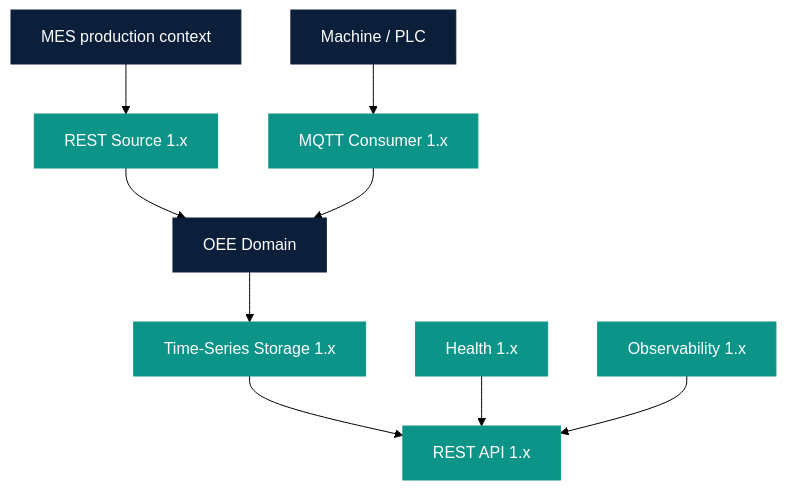
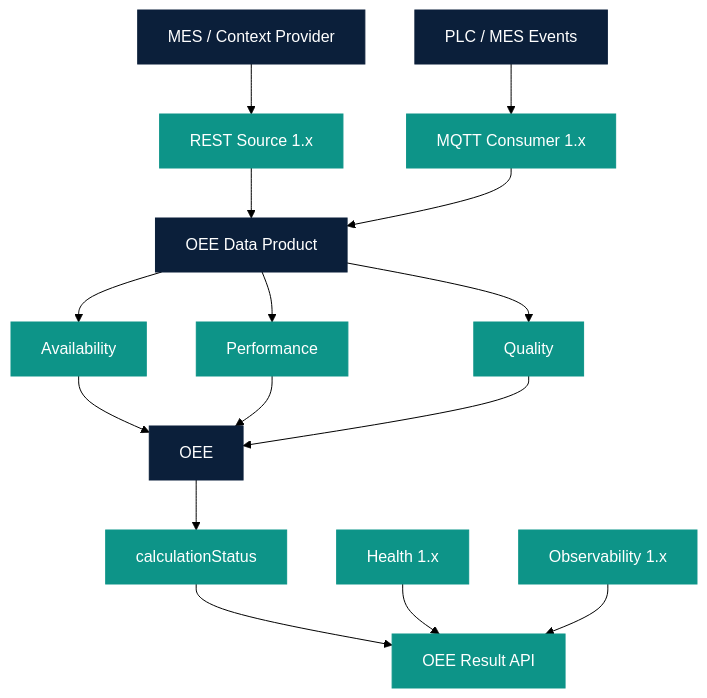
Before and after one commit to pharma-data-factory/data-product-platform: the diagram in templates/oee-data-product/content/docs/architecture.md, drawn with Mermaid (forest theme). The commit also changed other lines of this file and 295 other files, not shown here.

````diff
--- a/templates/oee-data-product/content/docs/architecture.md
+++ b/templates/oee-data-product/content/docs/architecture.md
@@ -3,15 +28,21 @@
 ```mermaid
 flowchart TB
   classDef navy fill:#0B1F3A,stroke:#0B1F3A,color:#ffffff
   classDef teal fill:#0D9488,stroke:#0D9488,color:#ffffff
-  MES[MES production context] --> RS[REST Source 1.x]
-  PLC[Machine / PLC] --> MQTT[MQTT Consumer 1.x]
-  RS --> DOM[OEE Domain]
+  MES[MES / Context Provider] --> RS[REST Source 1.x]
+  PLC[PLC / MES Events] --> MQTT[MQTT Consumer 1.x]
+  RS --> DOM[OEE Data Product]
   MQTT --> DOM
-  DOM --> TS[Time-Series Storage 1.x]
-  TS --> API[REST API 1.x]
+  DOM --> A[Availability]
+  DOM --> P[Performance]
+  DOM --> Q[Quality]
+  A --> OEE[OEE]
+  P --> OEE
+  Q --> OEE
+  OEE --> ST[calculationStatus]
+  ST --> API[OEE Result API]
   H[Health 1.x] --> API
   OBS[Observability 1.x] --> API
-  class MES,PLC,DOM navy
-  class RS,MQTT,TS,API,H,OBS teal
+  class MES,PLC,DOM,OEE navy
+  class RS,MQTT,API,H,OBS,A,P,Q,ST teal
 ```
````
